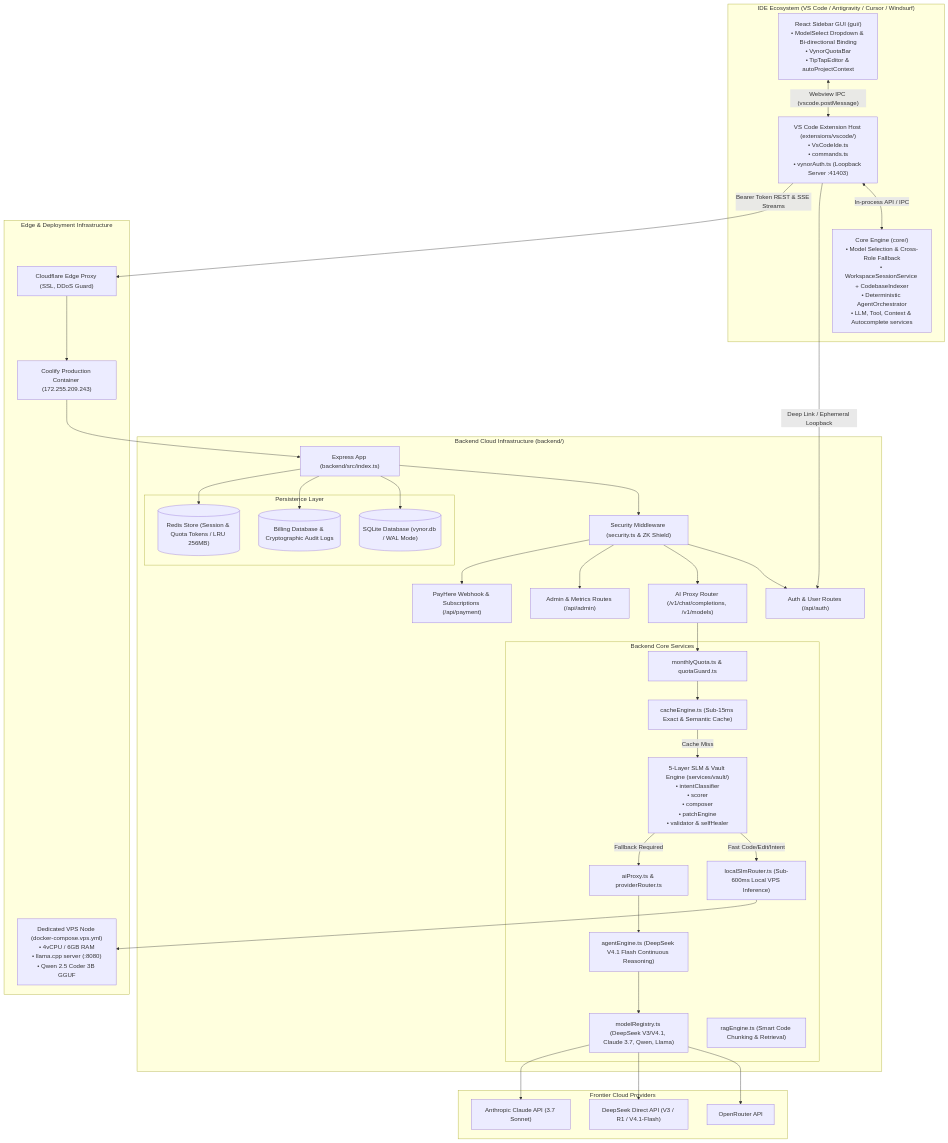
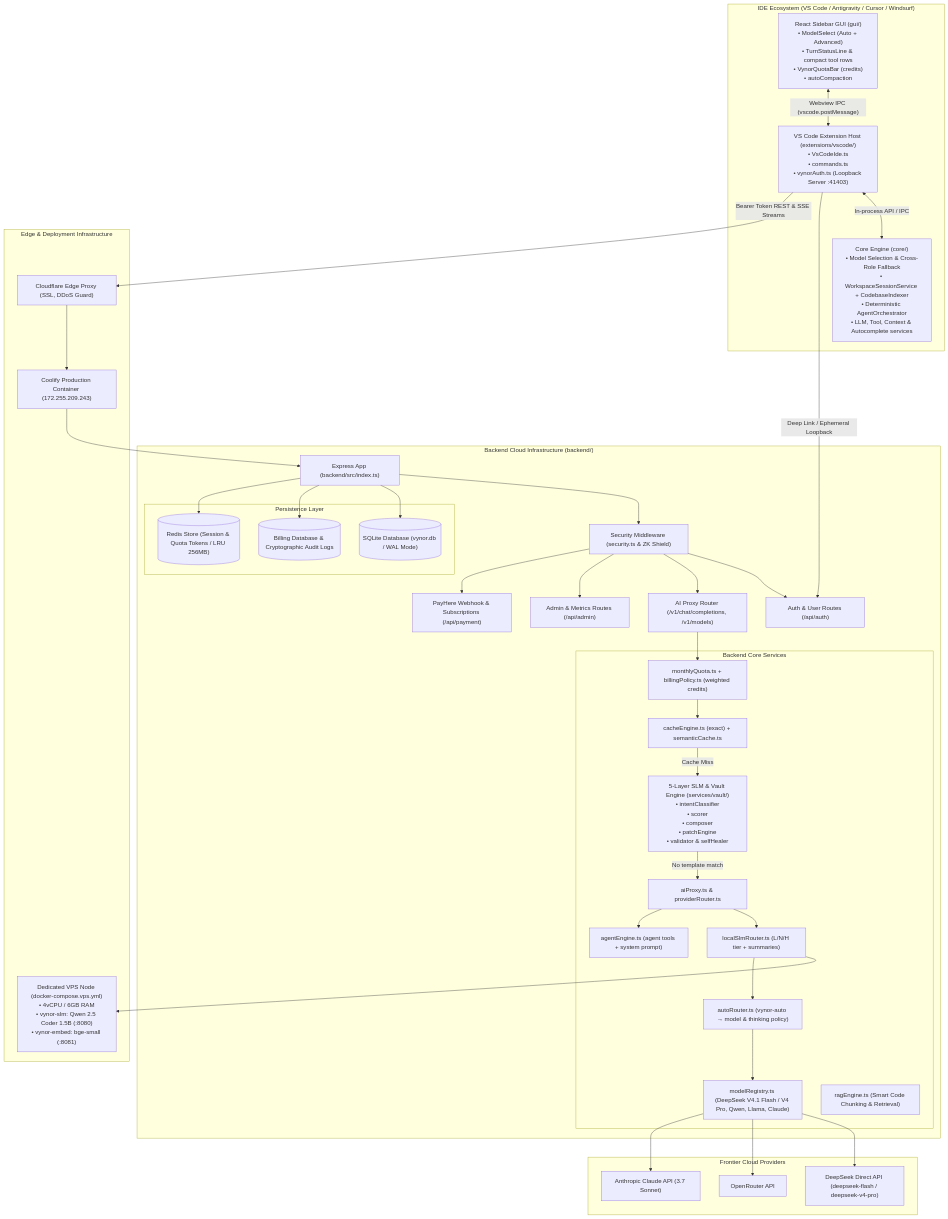
One commit to madu025/vynorai changed the second of 3 diagrams in CODEMAP.md. Above: the diagram before and after it, drawn with Mermaid. The commit also changed other lines of this file and 74 other files, not shown here.

````diff
--- a/CODEMAP.md
+++ b/CODEMAP.md
@@ -11,63 +32,64 @@
 ```mermaid
 graph TB
     subgraph IDELayer ["IDE Ecosystem (VS Code / Antigravity / Cursor / Windsurf)"]
-        GUI["React Sidebar GUI (gui/)<br/>• ModelSelect Dropdown & Bi-directional Binding<br/>• VynorQuotaBar<br/>• TipTapEditor & autoProjectContext"]
+        GUI["React Sidebar GUI (gui/)<br/>• ModelSelect (Auto + Advanced)<br/>• TurnStatusLine & compact tool rows<br/>• VynorQuotaBar (credits)<br/>• autoCompaction"]
         ExtHost["VS Code Extension Host (extensions/vscode/)<br/>• VsCodeIde.ts<br/>• commands.ts<br/>• vynorAuth.ts (Loopback Server :41403)"]
         CoreEngine["Core Engine (core/)<br/>• Model Selection & Cross-Role Fallback<br/>• WorkspaceSessionService + CodebaseIndexer<br/>• Deterministic AgentOrchestrator<br/>• LLM, Tool, Context & Autocomplete services"]
     end
 
     subgraph EdgeLayer ["Edge & Deployment Infrastructure"]
         Cloudflare["Cloudflare Edge Proxy (SSL, DDoS Guard)"]
         Coolify["Coolify Production Container (172.255.209.243)"]
-        VPSHost["Dedicated VPS Node (docker-compose.vps.yml)<br/>• 4vCPU / 6GB RAM<br/>• llama.cpp server (:8080)<br/>• Qwen 2.5 Coder 3B GGUF"]
+        VPSHost["Dedicated VPS Node (docker-compose.vps.yml)<br/>• 4vCPU / 6GB RAM<br/>• vynor-slm: Qwen 2.5 Coder 1.5B (:8080)<br/>• vynor-embed: bge-small (:8081)"]
     end
 
     subgraph BackendLayer ["Backend Cloud Infrastructure (backend/)"]
         Server["Express App (backend/src/index.ts)"]
         SecurityMW["Security Middleware (security.ts & ZK Shield)"]
         AuthRoute["Auth & User Routes (/api/auth)"]
         ProxyRoute["AI Proxy Router (/v1/chat/completions, /v1/models)"]
         AdminRoute["Admin & Metrics Routes (/api/admin)"]
         PaymentRoute["PayHere Webhook & Subscriptions (/api/payment)"]
 
         subgraph Services ["Backend Core Services"]
             AIProxy["aiProxy.ts & providerRouter.ts"]
-            LocalSLMRouter["localSlmRouter.ts (Sub-600ms Local VPS Inference)"]
+            LocalSLMRouter["localSlmRouter.ts (L/N/H tier + summaries)"]
+            AutoRouter["autoRouter.ts (vynor-auto → model & thinking policy)"]
             DeterministicSLM["5-Layer SLM & Vault Engine (services/vault/)<br/>• intentClassifier<br/>• scorer<br/>• composer<br/>• patchEngine<br/>• validator & selfHealer"]
-            AgentEngine["agentEngine.ts (DeepSeek V4.1 Flash Continuous Reasoning)"]
-            QuotaEngine["monthlyQuota.ts & quotaGuard.ts"]
-            CacheService["cacheEngine.ts (Sub-15ms Exact & Semantic Cache)"]
-            ModelReg["modelRegistry.ts (DeepSeek V3/V4.1, Claude 3.7, Qwen, Llama)"]
+            AgentEngine["agentEngine.ts (agent tools + system prompt)"]
+            QuotaEngine["monthlyQuota.ts + billingPolicy.ts (weighted credits)"]
+            CacheService["cacheEngine.ts (exact) + semanticCache.ts"]
+            ModelReg["modelRegistry.ts (DeepSeek V4.1 Flash / V4 Pro, Qwen, Llama, Claude)"]
             RAG["ragEngine.ts (Smart Code Chunking & Retrieval)"]
         end
 
         subgraph Persistence ["Persistence Layer"]
             SQLiteDB[("SQLite Database (vynor.db / WAL Mode)")]
             BillingDB[("Billing Database & Cryptographic Audit Logs")]
             RedisDB[("Redis Store (Session & Quota Tokens / LRU 256MB)")]
         end
     end
 
     subgraph FrontierLLMs ["Frontier Cloud Providers"]
         OpenRouter["OpenRouter API"]
-        DeepSeek["DeepSeek Direct API (V3 / R1 / V4.1-Flash)"]
+        DeepSeek["DeepSeek Direct API (deepseek-flash / deepseek-v4-pro)"]
         Anthropic["Anthropic Claude API (3.7 Sonnet)"]
     end
 
     GUI <-->|"Webview IPC (vscode.postMessage)"| ExtHost
     ExtHost <-->|"In-process API / IPC"| CoreEngine
     ExtHost -->|"Deep Link / Ephemeral Loopback"| AuthRoute
     ExtHost -->|"Bearer Token REST & SSE Streams"| Cloudflare
     Cloudflare --> Coolify
     Coolify --> Server
     Server --> SecurityMW
     SecurityMW --> AuthRoute & ProxyRoute & AdminRoute & PaymentRoute
     ProxyRoute --> QuotaEngine
     QuotaEngine --> CacheService
     CacheService -- Cache Miss --> DeterministicSLM
-    DeterministicSLM -- Fast Code/Edit/Intent --> LocalSLMRouter
-    LocalSLMRouter --> VPSHost
-    DeterministicSLM -- Fallback Required --> AIProxy
-    AIProxy --> AgentEngine --> ModelReg --> OpenRouter & DeepSeek & Anthropic
+    DeterministicSLM -- No template match --> AIProxy
+    AIProxy --> LocalSLMRouter --> VPSHost
+    LocalSLMRouter --> AutoRouter --> ModelReg --> DeepSeek & OpenRouter & Anthropic
+    AIProxy --> AgentEngine
     Server --> SQLiteDB & BillingDB & RedisDB
 ```
````
